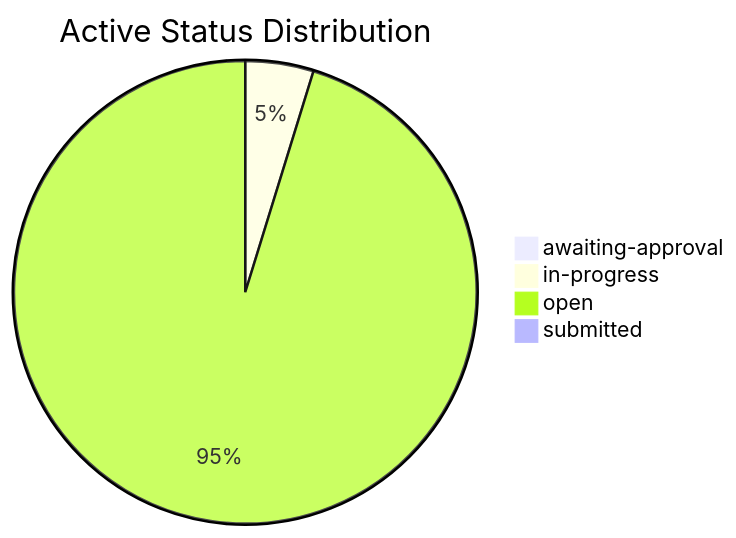
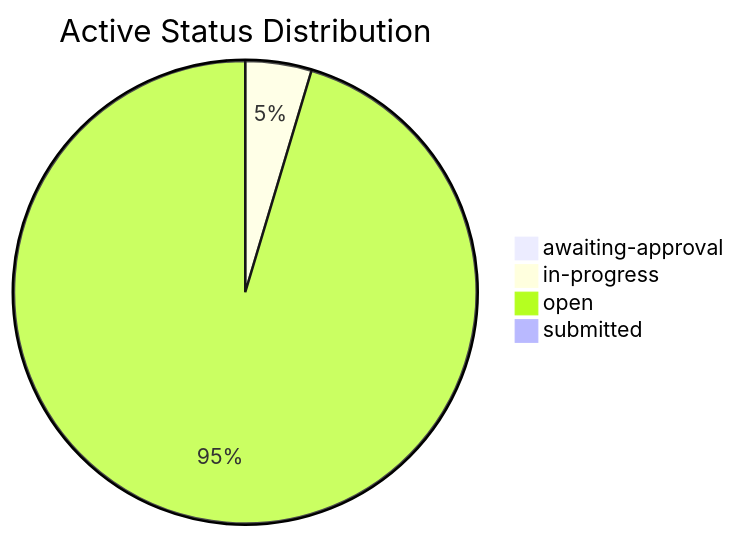
Before and after one commit to mgosal/5et.uk: the second of 3 diagrams in dashboard.md, drawn with Mermaid. The commit also changed other lines of this file and 6 other files, not shown here.

````diff
--- a/dashboard.md
+++ b/dashboard.md
@@ -607,7 +615,7 @@
 ```mermaid
 pie title Active Status Distribution
     "awaiting-approval" : 1
     "in-progress" : 13
-    "open" : 260
+    "open" : 268
     "submitted" : 1
 ```
````
